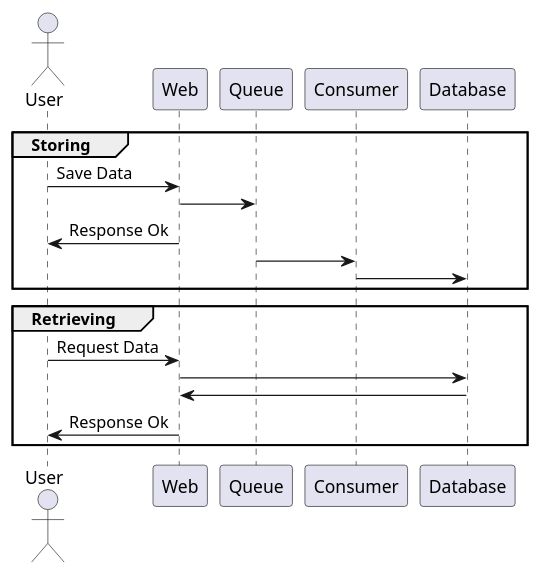
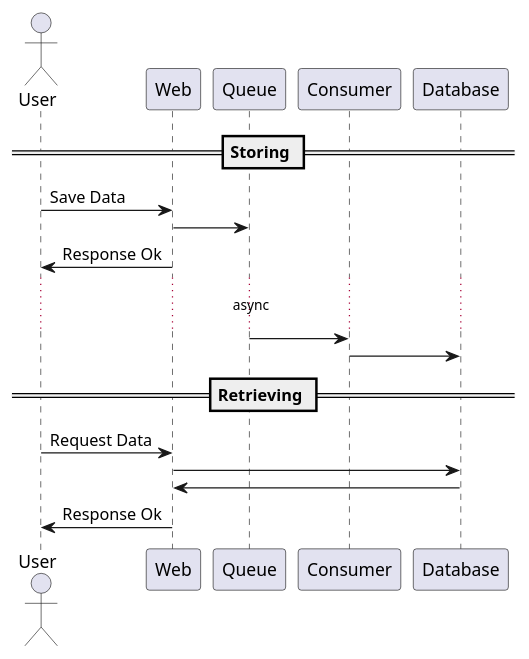
Before and after one commit to avoivo/audit: the diagram in diagram.wsd, drawn with PlantUML.

```diff
--- a/diagram.wsd
+++ b/diagram.wsd
@@ -1,24 +1,24 @@
 @startuml Flow
 actor User
 participant Web
 participant Queue
 participant Consumer
 participant Database
 
-group Storing
-    User -> Web: Save Data
-    Web -> Queue
-    Web -> User: Response Ok
-    Queue -> Consumer
-    Consumer -> Database
-    
-end
+== Storing ==
 
-group Retrieving
-    User -> Web: Request Data
-    Web -> Database
-    Database -> Web
-    Web -> User: Response Ok
-end
+User -> Web: Save Data
+Web -> Queue
+Web -> User: Response Ok
+... async ...
+Queue -> Consumer
+Consumer -> Database
+
+== Retrieving ==
+
+User -> Web: Request Data
+Web -> Database
+Database -> Web
+Web -> User: Response Ok
 
 @enduml
```
